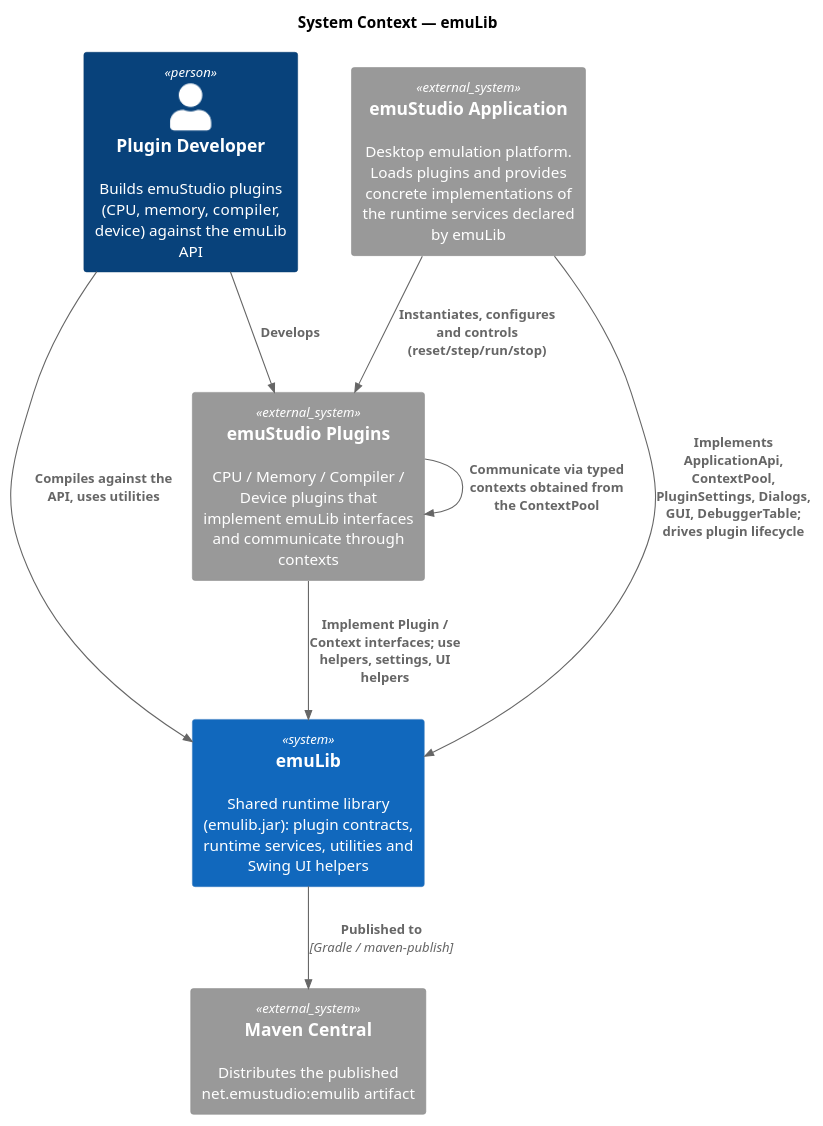
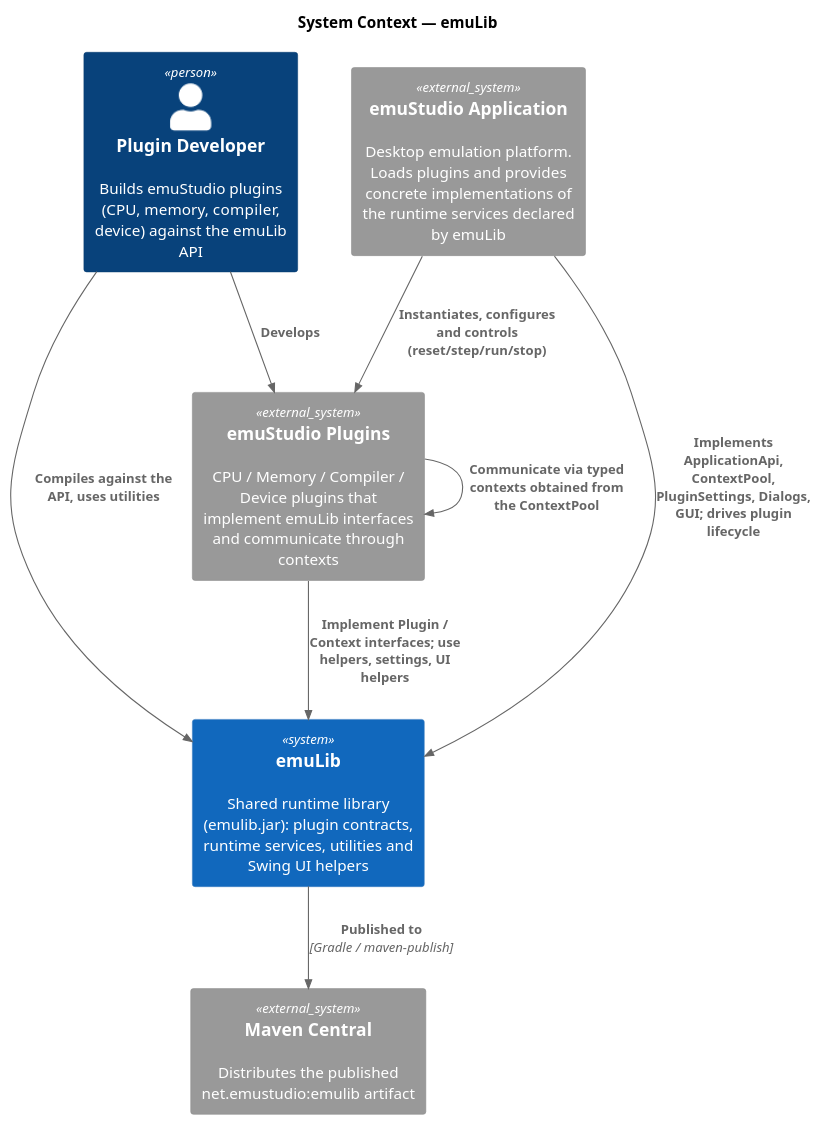
Before and after one commit to emustudio/emuLib: the first of 6 diagrams in docs/architecture.adoc, drawn with PlantUML. The commit also changed other lines of this file and 101 other files, not shown here.

First line of the commit message:
[#454] Simplify plugin API and consolidate helpers

```diff
--- a/docs/architecture.adoc
+++ b/docs/architecture.adoc
@@ -71,27 +71,27 @@
 [plantuml,c4-l1-context,svg]
 ....
 @startuml
 !include <C4/C4_Context>
 
 title System Context — emuLib
 
 Person(dev, "Plugin Developer", "Builds emuStudio plugins (CPU, memory, compiler, device) against the emuLib API")
 
 System(emulib, "emuLib", "Shared runtime library (emulib.jar): plugin contracts, runtime services, utilities and Swing UI helpers")
 
 System_Ext(emustudio, "emuStudio Application", "Desktop emulation platform. Loads plugins and provides concrete implementations of the runtime services declared by emuLib")
 System_Ext(plugins, "emuStudio Plugins", "CPU / Memory / Compiler / Device plugins that implement emuLib interfaces and communicate through contexts")
 System_Ext(maven, "Maven Central", "Distributes the published net.emustudio:emulib artifact")
 
 Rel(dev, emulib, "Compiles against the API, uses utilities")
 Rel(dev, plugins, "Develops")
 
 Rel(plugins, emulib, "Implement Plugin / Context interfaces; use helpers, settings, UI helpers")
-Rel(emustudio, emulib, "Implements ApplicationApi, ContextPool, PluginSettings, Dialogs, GUI, DebuggerTable; drives plugin lifecycle")
+Rel(emustudio, emulib, "Implements ApplicationApi, ContextPool, PluginSettings, Dialogs, GUI; drives plugin lifecycle")
 Rel(emustudio, plugins, "Instantiates, configures and controls (reset/step/run/stop)")
 
 Rel(plugins, plugins, "Communicate via typed contexts obtained from the ContextPool")
 Rel(emulib, maven, "Published to", "Gradle / maven-publish")
 
 @enduml
 ....
```
